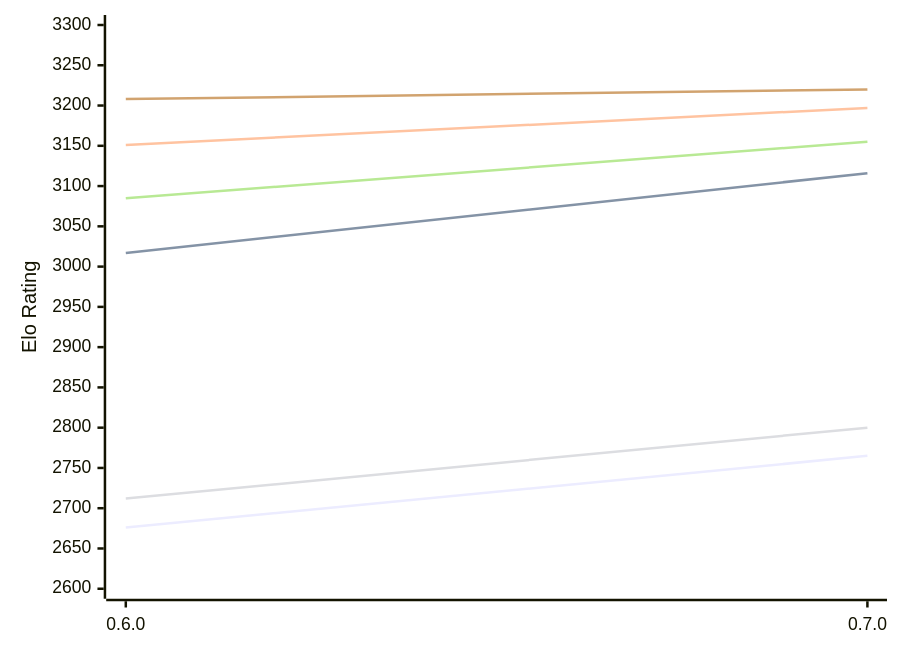
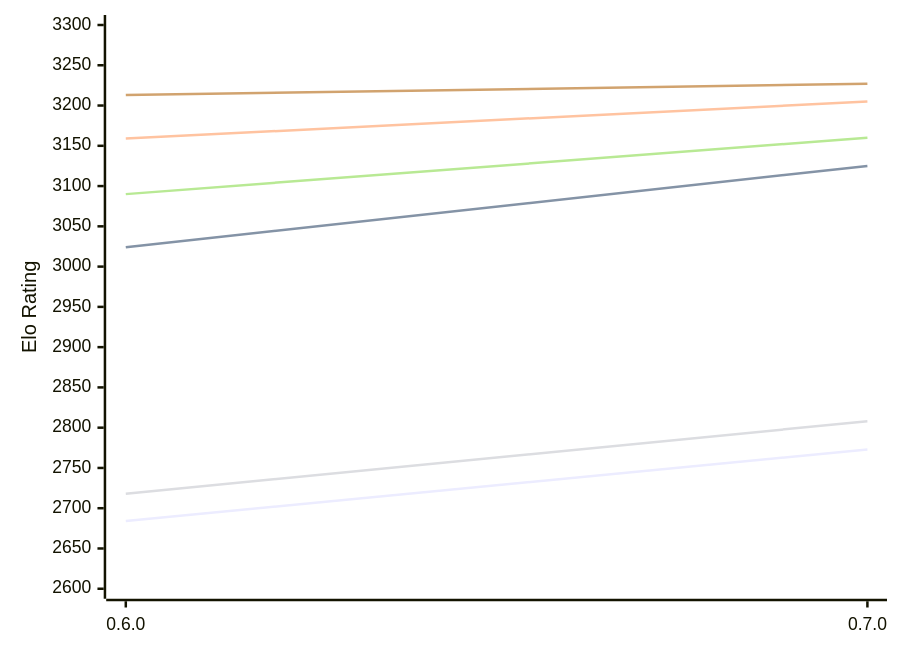
The first of 2 diagrams in engines/AteNika.md (computer-chess-index/cci), drawn with Mermaid before and after one commit. The commit also changed other lines of this file, not shown here.

Commit message:
Update CCI Ratings (ELO VLTC) - 2026-11-03

````diff
--- a/engines/AteNika.md
+++ b/engines/AteNika.md
@@ -52,12 +52,12 @@
 ```mermaid
 %%{init: {"theme":"base","themeVariables":{"seriesColors:['#a3a3a3','#222221','#faa371']}}}%%
 xychart-beta
   x-axis ["0.6.0", "0.7.0"]
   y-axis "Elo Rating" 2600 --> 3300
-  line "E1: STC (8.0+0.08s)" [2676, 2765]
-  line "E1: LTC (60.0+0.60s)" [3017, 3116]
-  line "E1: VLTC (2m24s+1.12s)" [3151, 3197]
-  line "P1: STC (8.0+0.08s)" [2712, 2800]
-  line "P1: LTC (60.0+0.60s)" [3085, 3155]
-  line "P1: VLTC (2m24s+1.12s)" [3208, 3220]
+  line "E1: STC (8.0+0.08s)" [2684, 2773]
+  line "E1: LTC (60.0+0.60s)" [3024, 3125]
+  line "E1: VLTC (2m24s+1.12s)" [3159, 3205]
+  line "P1: STC (8.0+0.08s)" [2718, 2808]
+  line "P1: LTC (60.0+0.60s)" [3090, 3160]
+  line "P1: VLTC (2m24s+1.12s)" [3213, 3227]
 ```
````
